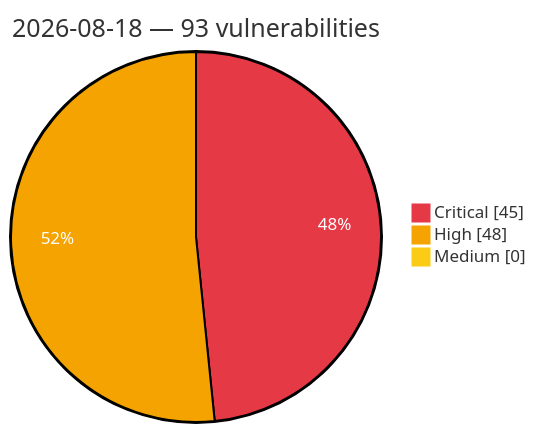
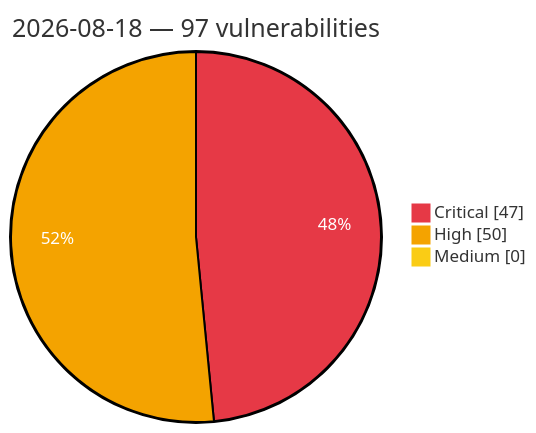
The diagram in vulnerabilities/2026/August/2026-08-18.md (GhostX0X/vuln-tracker), drawn with Mermaid before and after one commit. The commit also changed other lines of this file and 5 other files, not shown here.

Commit message:
Auto update: critical/high vulns (2026-08-18 20:20 UTC)

````diff
--- a/vulnerabilities/2026/August/2026-08-18.md
+++ b/vulnerabilities/2026/August/2026-08-18.md
@@ -3,8 +3,8 @@
 ```mermaid
 %%{init: {'theme':'base', 'themeVariables': {'pie1':'#e63946', 'pie2':'#f4a300', 'pie3':'#facc15', 'pieOpacity':'1', 'pieOuterStrokeWidth':'2px', 'pieSectionTextColor':'#ffffff'}}}%%
 pie showData
-    title 2026-08-18 — 93 vulnerabilities
-    "Critical" : 45
-    "High" : 48
+    title 2026-08-18 — 97 vulnerabilities
+    "Critical" : 47
+    "High" : 50
     "Medium" : 0
 ```
````
